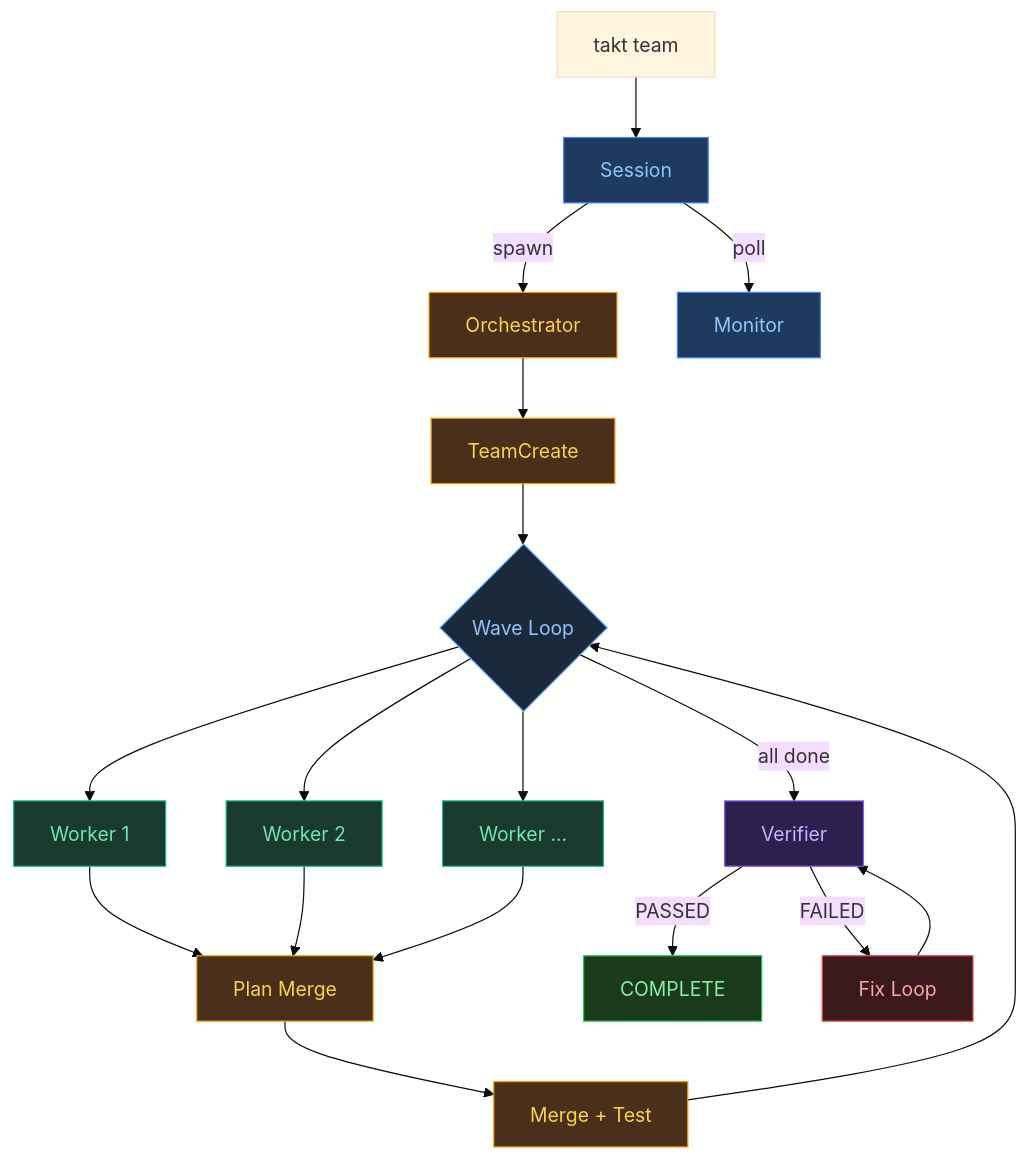
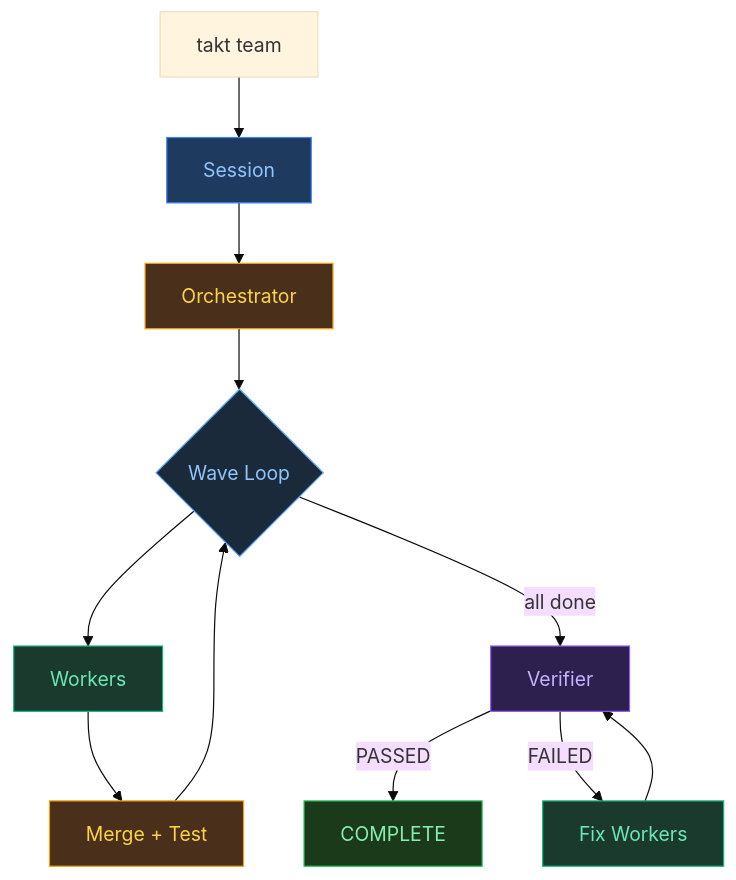
One commit to Sebstrdigital/takt changed the fourth of 4 diagrams in README.md. Above: the diagram before and after it, drawn with Mermaid (base theme). The commit also changed other lines of this file, not shown here.

Commit message:
fix: mermaid diagrams — TD layout, remove self-loops and wide branches
All four diagrams now use graph TD (top-down) to avoid GitHub's mermaid
nav overlay that covers bottom-right nodes. Removed self-referencing
"read files" loop, Monitor nodes, and multi-worker fan-out to keep
graphs narrow and single-column.

````diff
--- a/README.md
+++ b/README.md
@@ -148,39 +142,22 @@
 ```mermaid
 graph TD
     U["takt team"] --> S["Session"]
-    S -- "spawn" --> O["Orchestrator"]
-    S -- "poll" --> M["Monitor"]
-
-    O --> T["TeamCreate"]
-    T --> WL{"Wave Loop"}
-
-    WL --> W1["Worker 1"]
-    WL --> W2["Worker 2"]
-    WL --> W3["Worker ..."]
-
-    W1 --> MP["Plan Merge"]
-    W2 --> MP
-    W3 --> MP
-
-    MP --> ME["Merge + Test"]
-    ME --> WL
-
+    S --> O["Orchestrator"]
+    O --> WL{"Wave Loop"}
+    WL --> W["Workers"]
+    W --> MP["Merge + Test"]
+    MP --> WL
     WL -- "all done" --> SV["Verifier"]
     SV -- "PASSED" --> C["COMPLETE"]
-    SV -- "FAILED" --> FL["Fix Loop"]
-    FL --> SV
+    SV -- "FAILED" --> FW["Fix Workers"]
+    FW --> SV
 
     style S fill:#1e3a5f,stroke:#3b82f6,color:#93c5fd
-    style M fill:#1e3a5f,stroke:#3b82f6,color:#93c5fd
     style O fill:#4a2f1a,stroke:#f59e0b,color:#fcd34d
-    style T fill:#4a2f1a,stroke:#f59e0b,color:#fcd34d
-    style W1 fill:#1a3a2e,stroke:#10b981,color:#6ee7b7
-    style W2 fill:#1a3a2e,stroke:#10b981,color:#6ee7b7
-    style W3 fill:#1a3a2e,stroke:#10b981,color:#6ee7b7
+    style W fill:#1a3a2e,stroke:#10b981,color:#6ee7b7
+    style FW fill:#1a3a2e,stroke:#10b981,color:#6ee7b7
     style MP fill:#4a2f1a,stroke:#f59e0b,color:#fcd34d
-    style ME fill:#4a2f1a,stroke:#f59e0b,color:#fcd34d
     style SV fill:#2d1f4e,stroke:#8b5cf6,color:#c4b5fd
     style C fill:#1a3a1a,stroke:#22c55e,color:#86efac
     style WL fill:#1a2a3a,stroke:#60a5fa,color:#93c5fd
-    style FL fill:#3a1a1a,stroke:#ef4444,color:#fca5a5
 ```
````
